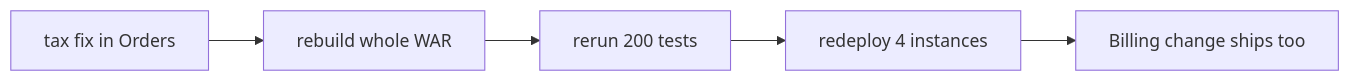
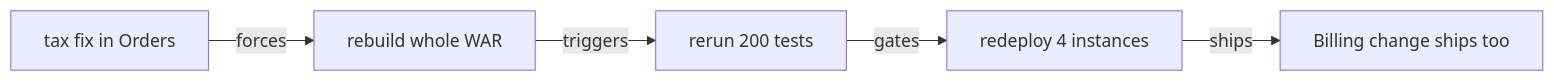
One commit to vinayakuber/microservices-io-study-guide changed the tenth of 13 diagrams in docs/ch01-monolithic-architecture.md. Above: the diagram before and after it, drawn with Mermaid. The commit also changed other lines of this file and 71 other files, not shown here.

First line of the commit message:
R18: label every diagram arrow with its meaning

````diff
--- a/docs/ch01-monolithic-architecture.md
+++ b/docs/ch01-monolithic-architecture.md
@@ -399,7 +399,7 @@
 ```mermaid
 flowchart LR
-  C["tax fix in Orders"] --> B["rebuild whole WAR"]
-  B --> T["rerun 200 tests"]
-  T --> D["redeploy 4 instances"]
-  D --> X["Billing change ships too"]
+  C["tax fix in Orders"] -->|"forces"| B["rebuild whole WAR"]
+  B -->|"triggers"| T["rerun 200 tests"]
+  T -->|"gates"| D["redeploy 4 instances"]
+  D -->|"ships"| X["Billing change ships too"]
 ```
````
